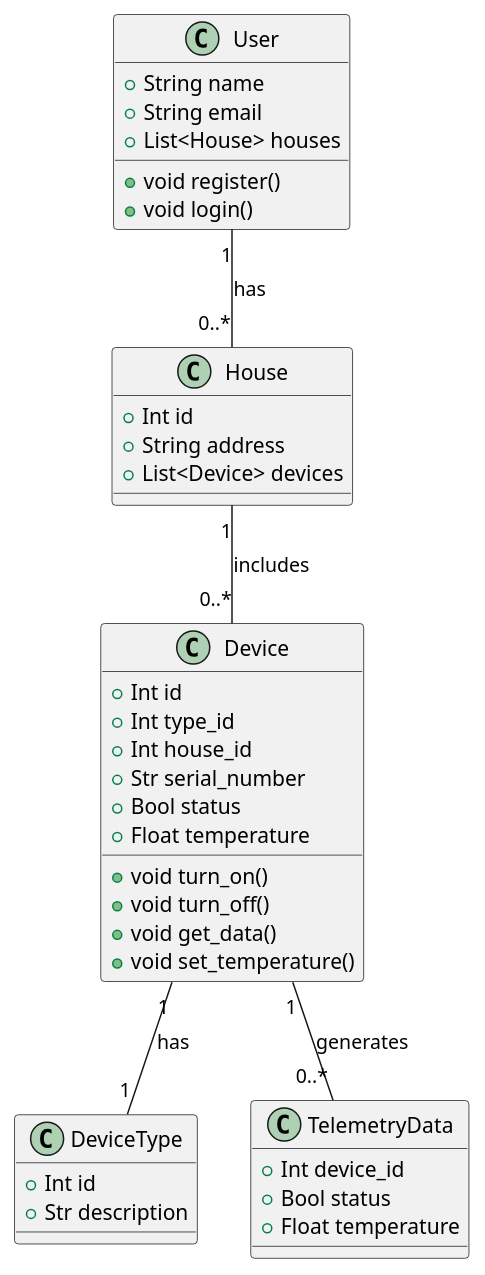
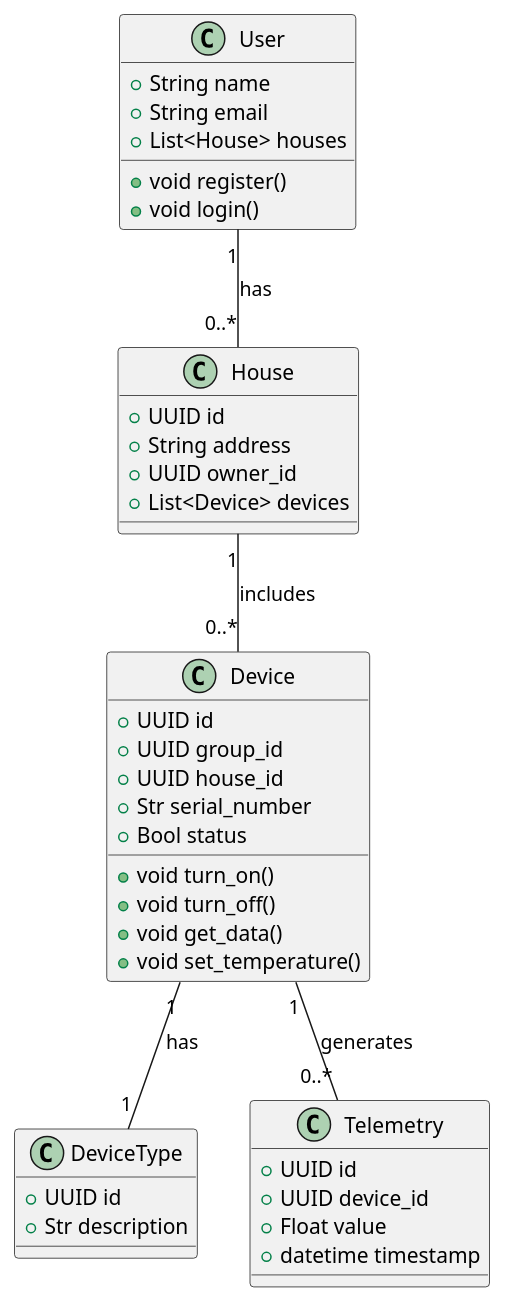
Before and after one commit to EvgrafovAlexander/ya.practicum.home: the diagram in docs/task_1.3/ER_diagram.puml, drawn with PlantUML.

Commit message:
add ER-diagram

```diff
--- a/docs/task_1.3/ER_diagram.puml
+++ b/docs/task_1.3/ER_diagram.puml
@@ -1,46 +1,47 @@
 @startuml
 class User {
   +String name
   +String email
   +List<House> houses
   +void register()
   +void login()
 }
 
 class House {
-  +Int id
+  +UUID id
   +String address
+  +UUID owner_id
   +List<Device> devices
 }
 
 class Device {
-  +Int id
-  +Int type_id
-  +Int house_id
+  +UUID id
+  +UUID group_id
+  +UUID house_id
   +Str serial_number
   +Bool status
-  +Float temperature
   +void turn_on()
   +void turn_off()
   +void get_data()
   +void set_temperature()
 }
 
 class DeviceType {
-  +Int id
+  +UUID id
   +Str description
 }
 
-class TelemetryData {
-  +Int device_id
-  +Bool status
-  +Float temperature
+class Telemetry {
+  +UUID id
+  +UUID device_id
+  +Float value
+  +datetime timestamp
 }
 
 
 User "1" -- "0..*" House : has
 House "1" -- "0..*" Device : includes
 Device "1" -- "1" DeviceType : has
-Device "1" -- "0..*" TelemetryData : generates
+Device "1" -- "0..*" Telemetry : generates
 
 @enduml
```
